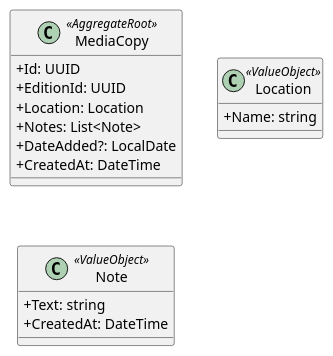
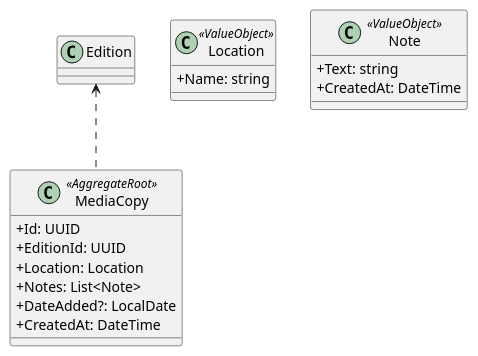
One commit to yantue/colleq changed the diagram in docs/uml/domain/domain-media-copy.puml. Above: the diagram before and after it, drawn with PlantUML. The commit also changed 5 other files, not shown here.

Commit message:
docs: Update domain-overview with respect to design + Add cross-aggregate connection to aggregate files to simplify domain-all

```diff
--- a/docs/uml/domain/domain-media-copy.puml
+++ b/docs/uml/domain/domain-media-copy.puml
@@ -1,22 +1,25 @@
 @startuml
 skinparam classAttributeIconSize 0
 
 class MediaCopy <<AggregateRoot>> {
     +Id: UUID
     +EditionId: UUID
     +Location: Location
     +Notes: List<Note>
     +DateAdded?: LocalDate
     +CreatedAt: DateTime
 }
 
 class Location <<ValueObject>> {
     +Name: string
 }
 
 class Note <<ValueObject>> {
     +Text: string
     +CreatedAt: DateTime
 }
 
+' ===== CROSS-AGGREGATE REFERENCE =====
+Edition <.. MediaCopy
+
 @enduml
```
